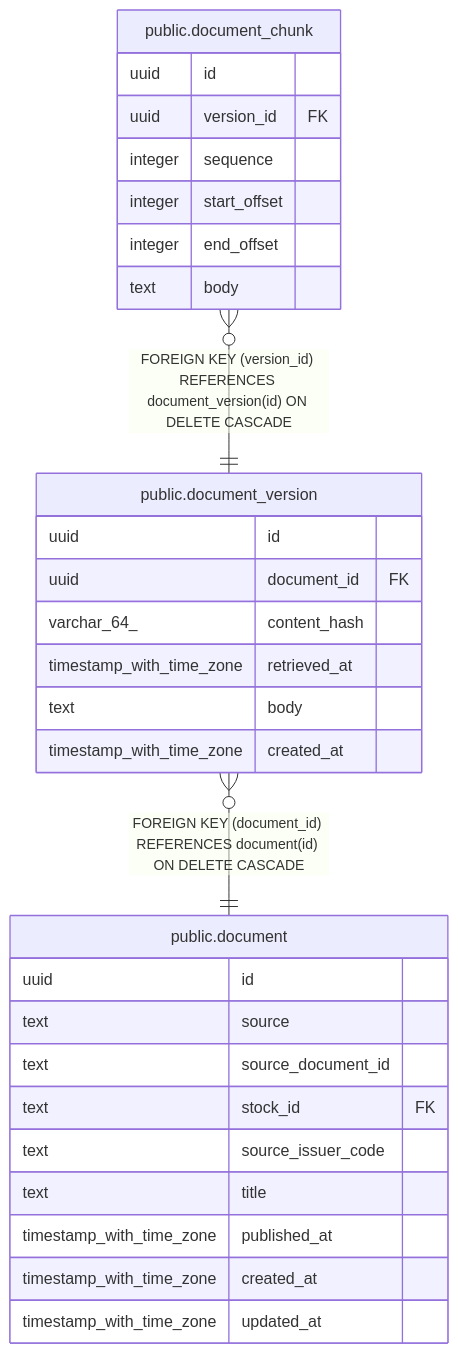
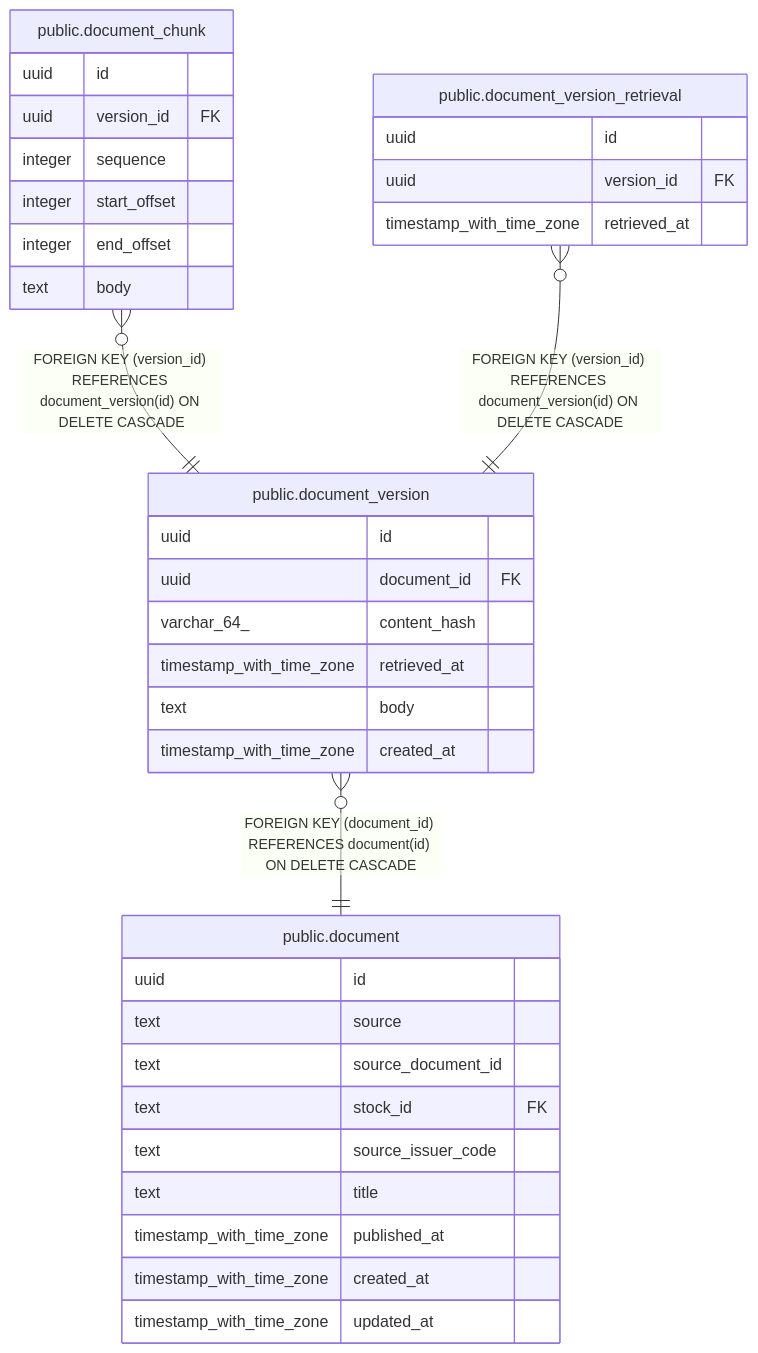
The diagram in backend/docs/db/public.document_version.md (fohte/t-rader), drawn with Mermaid before and after one commit. The commit also changed other lines of this file and 11 other files, not shown here.

````diff
--- a/backend/docs/db/public.document_version.md
+++ b/backend/docs/db/public.document_version.md
@@ -41,34 +41,40 @@
 ```mermaid
 erDiagram
 
 "public.document_chunk" }o--|| "public.document_version" : "FOREIGN KEY (version_id) REFERENCES document_version(id) ON DELETE CASCADE"
+"public.document_version_retrieval" }o--|| "public.document_version" : "FOREIGN KEY (version_id) REFERENCES document_version(id) ON DELETE CASCADE"
 "public.document_version" }o--|| "public.document" : "FOREIGN KEY (document_id) REFERENCES document(id) ON DELETE CASCADE"
 
 "public.document_version" {
   uuid id
   uuid document_id FK
   varchar_64_ content_hash
   timestamp_with_time_zone retrieved_at
   text body
   timestamp_with_time_zone created_at
 }
 "public.document_chunk" {
   uuid id
   uuid version_id FK
   integer sequence
   integer start_offset
   integer end_offset
   text body
 }
+"public.document_version_retrieval" {
+  uuid id
+  uuid version_id FK
+  timestamp_with_time_zone retrieved_at
+}
 "public.document" {
   uuid id
   text source
   text source_document_id
   text stock_id FK
   text source_issuer_code
   text title
   timestamp_with_time_zone published_at
   timestamp_with_time_zone created_at
   timestamp_with_time_zone updated_at
 }
 ```
````
